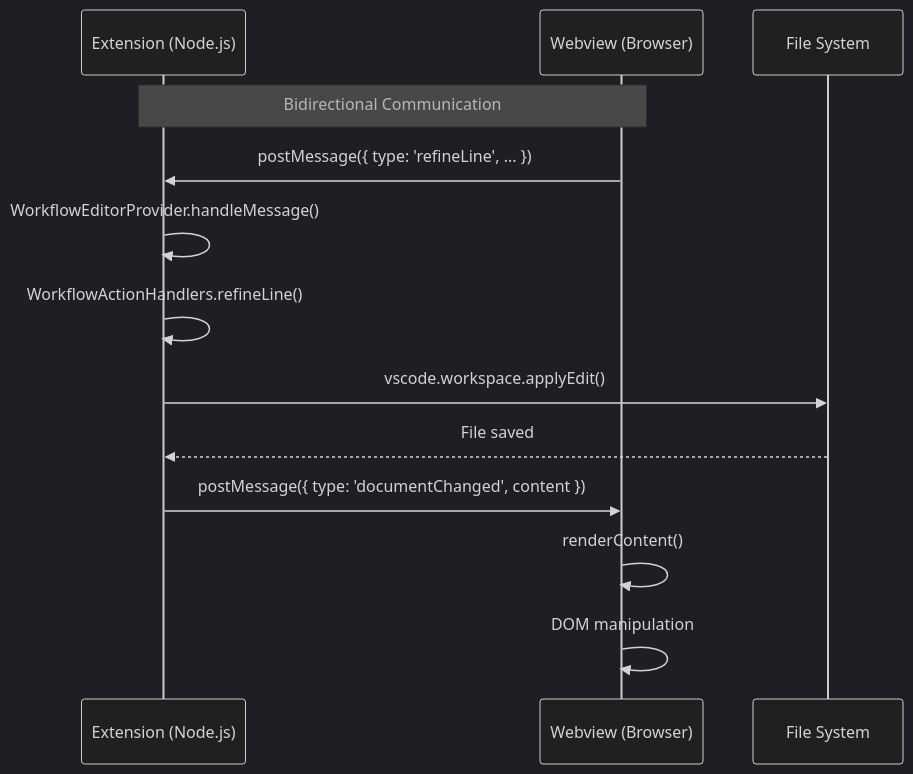
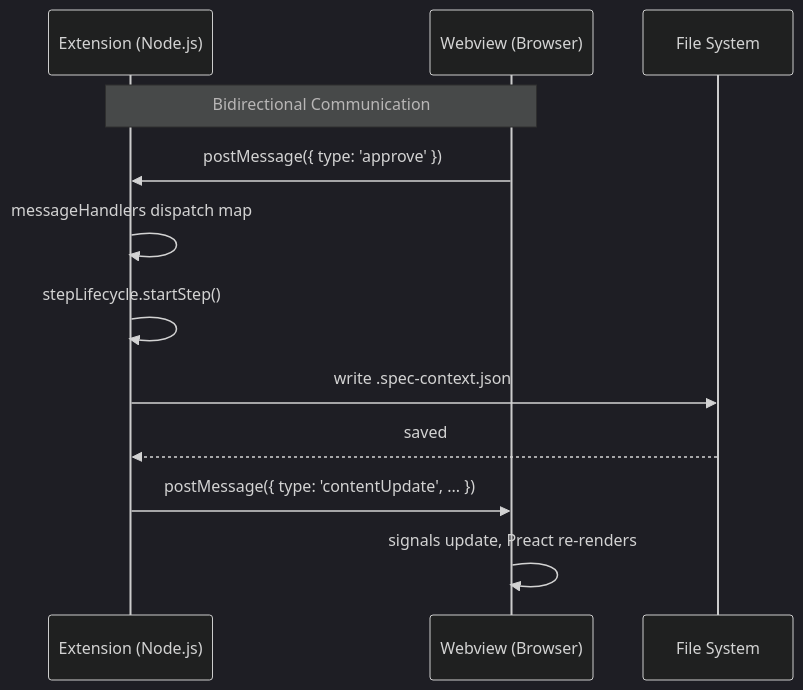
Before and after one commit to alfredoperez/speckit-companion: the fourth of 4 diagrams in docs/how-it-works.md, drawn with Mermaid (dark theme). The commit also changed other lines of this file and 35 other files, not shown here.

First line of the commit message:
chore: delete the dead workflow-editor and webview workflow trees

````diff
--- a/docs/how-it-works.md
+++ b/docs/how-it-works.md
@@ -275,17 +271,16 @@
 ```mermaid
 sequenceDiagram
     participant Ext as Extension (Node.js)
     participant WV as Webview (Browser)
     participant FS as File System
 
     Note over Ext,WV: Bidirectional Communication
 
-    WV->>Ext: postMessage({ type: 'refineLine', ... })
-    Ext->>Ext: WorkflowEditorProvider.handleMessage()
-    Ext->>Ext: WorkflowActionHandlers.refineLine()
-    Ext->>FS: vscode.workspace.applyEdit()
-    FS-->>Ext: File saved
-    Ext->>WV: postMessage({ type: 'documentChanged', content })
-    WV->>WV: renderContent()
-    WV->>WV: DOM manipulation
+    WV->>Ext: postMessage({ type: 'approve' })
+    Ext->>Ext: messageHandlers dispatch map
+    Ext->>Ext: stepLifecycle.startStep()
+    Ext->>FS: write .spec-context.json
+    FS-->>Ext: saved
+    Ext->>WV: postMessage({ type: 'contentUpdate', ... })
+    WV->>WV: signals update, Preact re-renders
 ```
````
